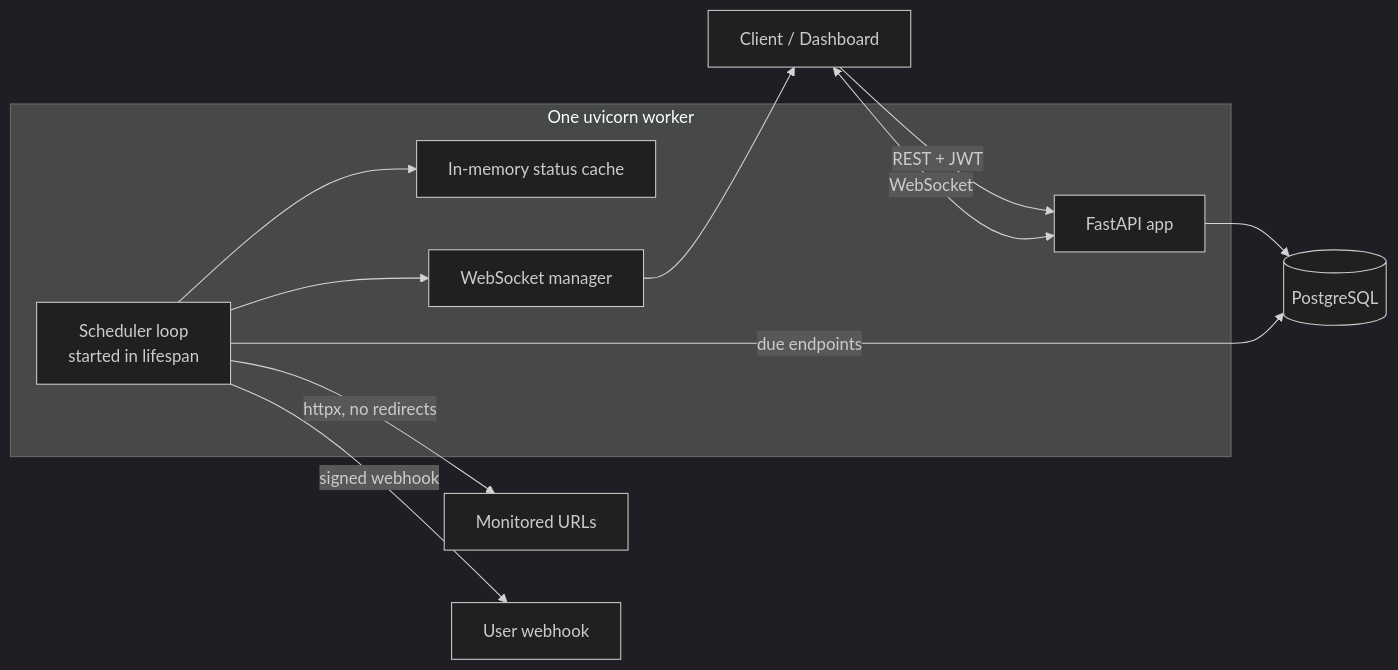
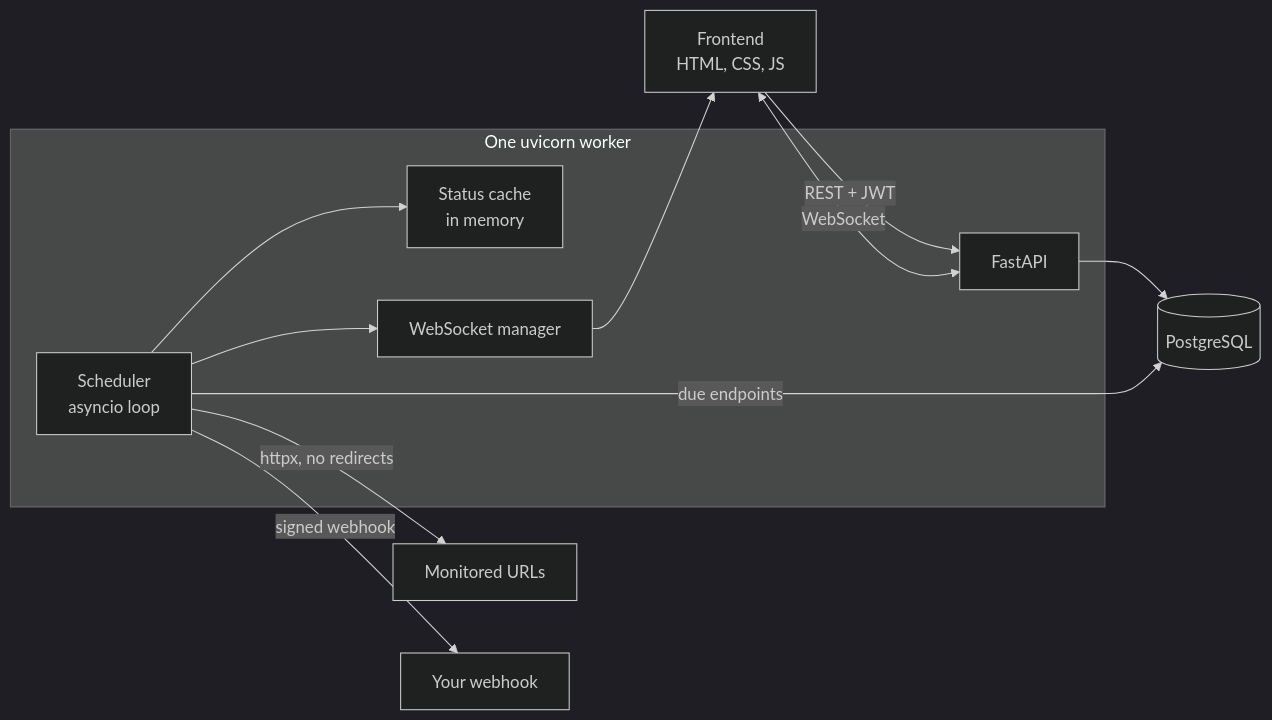
One commit to Sanjay-jat/api-uptime-monitor changed the second of 2 diagrams in README.md. Above: the diagram before and after it, drawn with Mermaid (dark theme). The commit also changed other lines of this file, not shown here.

````diff
--- a/README.md
+++ b/README.md
@@ -22,18 +80,18 @@
 ```mermaid
 flowchart LR
-    Client[Client / Dashboard] -->|REST + JWT| API[FastAPI app]
-    Client <-->|WebSocket| API
+    Browser["Frontend<br/>HTML, CSS, JS"] -->|REST + JWT| API[FastAPI]
+    Browser <-->|WebSocket| API
     API --> DB[(PostgreSQL)]
-    subgraph Process[One uvicorn worker]
+    subgraph One["One uvicorn worker"]
         API
-        Sched[Scheduler loop<br/>started in lifespan]
-        Cache[In-memory status cache]
-        WS[WebSocket manager]
+        Sched["Scheduler<br/>asyncio loop"]
+        Cache["Status cache<br/>in memory"]
+        WS["WebSocket manager"]
     end
-    Sched -->|due endpoints| DB
-    Sched -->|httpx, no redirects| Targets[Monitored URLs]
-    Sched -->|signed webhook| Hook[User webhook]
+    Sched -->|"due endpoints"| DB
+    Sched -->|"httpx, no redirects"| Targets["Monitored URLs"]
+    Sched -->|"signed webhook"| Hook["Your webhook"]
     Sched --> Cache
     Sched --> WS
-    WS --> Client
+    WS --> Browser
 ```
````
